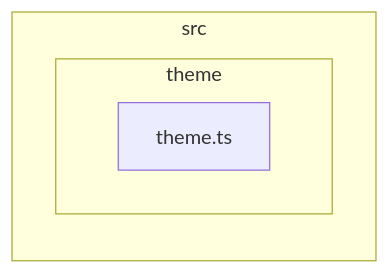
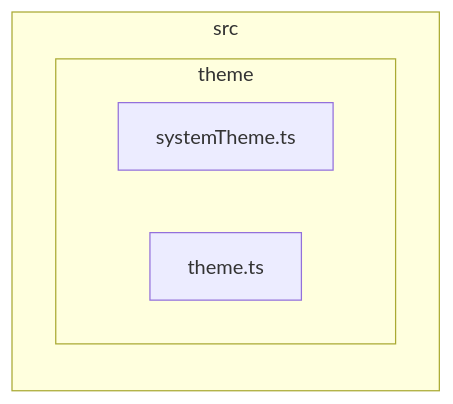
Before and after one commit to GonzaloZevallos/apostrophe: the diagram in docs/architecture/generated/front-modules/theme.md, drawn with Mermaid. The commit also changed 2 other files, not shown here.

Commit message:
Regenerate the front module graphs after merging master
Master added shell scroll files and theme/systemTheme.ts after the graphs were generated, so the
docs job's stale check (which runs on the merge with master) found them behind. Regenerated only
through scripts.docs.generate.

````diff
--- a/docs/architecture/generated/front-modules/theme.md
+++ b/docs/architecture/generated/front-modules/theme.md
@@ -7,8 +7,9 @@
 ```mermaid
 flowchart LR
 subgraph src["src"]
   subgraph src_theme["theme"]
+    src_theme_systemTheme_ts["systemTheme.ts"]
     src_theme_theme_ts["theme.ts"]
   end
 end
 ```
````
